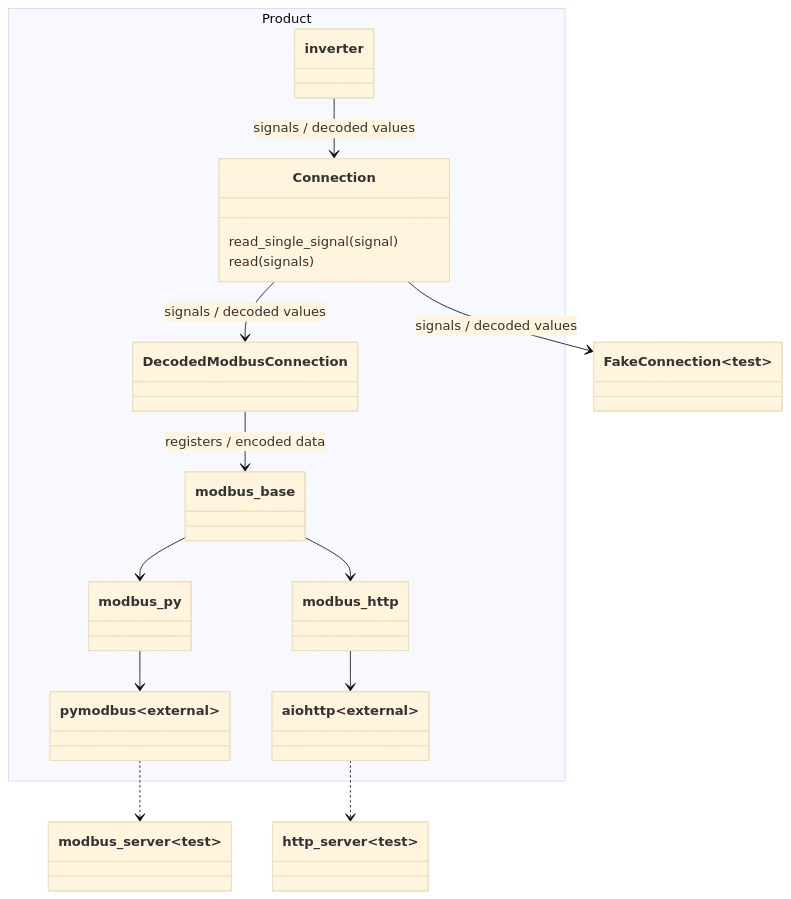
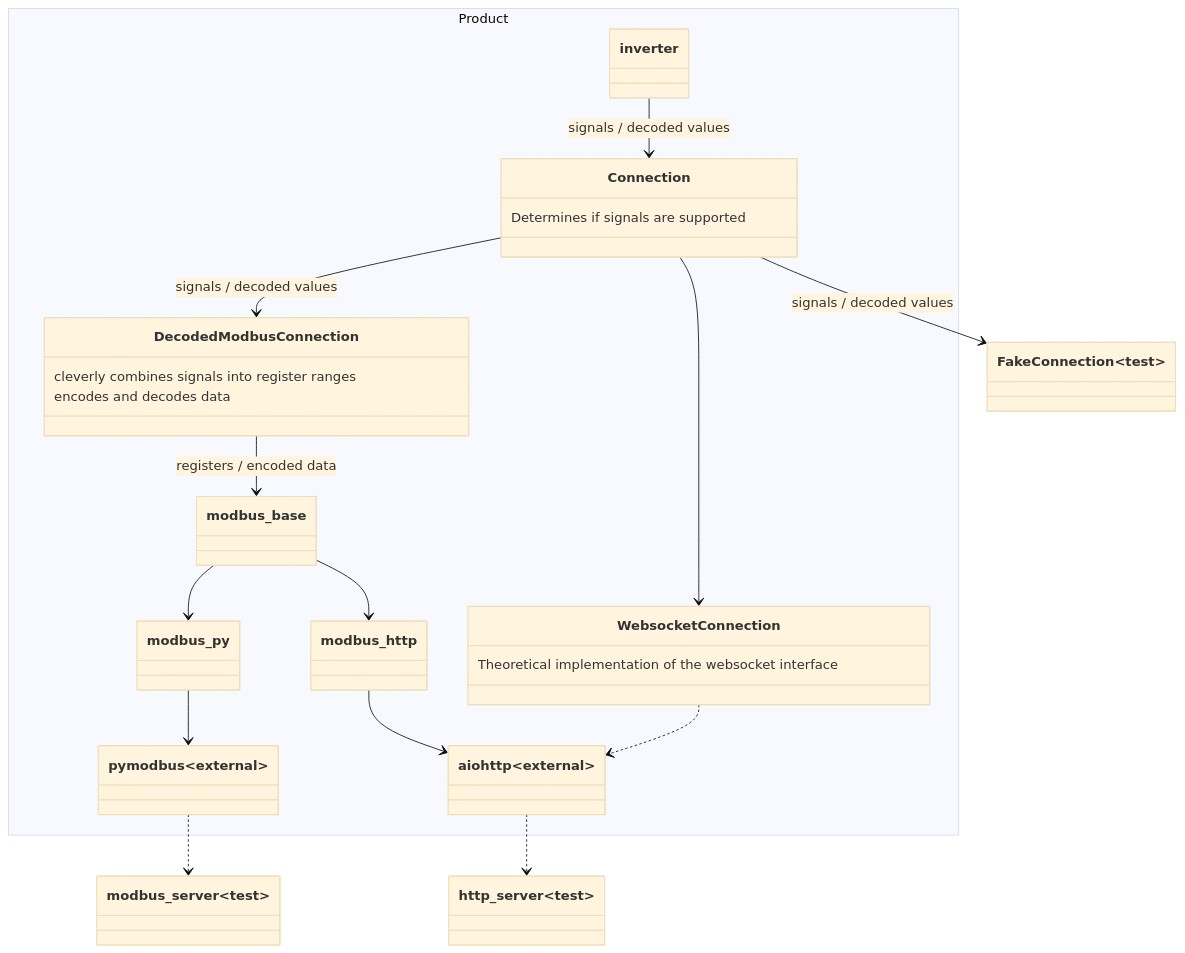
One commit to AlexanderLanin/homeassistant-sungrow changed the diagram in tests/README.md. Above: the diagram before and after it, drawn with Mermaid (base theme).

````diff
--- a/tests/README.md
+++ b/tests/README.md
@@ -19,33 +19,41 @@
 ```mermaid
 classDiagram
     namespace Product {
         class inverter
         class Connection {
-            read_single_signal(signal)
-            read(signals)
+            Determines if signals are supported
         }
-        class DecodedModbusConnection
+        class DecodedModbusConnection {
+            cleverly combines signals into register ranges
+            encodes and decodes data
+        }
+        class WebsocketConnection {
+            Theoretical implementation of the websocket interface
+        }
         class modbus_base
         class modbus_py
         class modbus_http
         class aiohttp~external~
         class pymodbus~external~
     }
     class FakeConnection~test~
 
     inverter --> Connection : signals / decoded values
 
     Connection --> DecodedModbusConnection : signals / decoded values
     Connection --> FakeConnection : signals / decoded values
 
+    Connection --> WebsocketConnection
+    WebsocketConnection ..> aiohttp
+
     DecodedModbusConnection --> modbus_base : registers / encoded data
 
     modbus_base --> modbus_py
     modbus_base --> modbus_http
 
     modbus_http --> aiohttp
     aiohttp ..> http_server~test~
 
     modbus_py --> pymodbus
     pymodbus ..> modbus_server~test~
 ```
````
